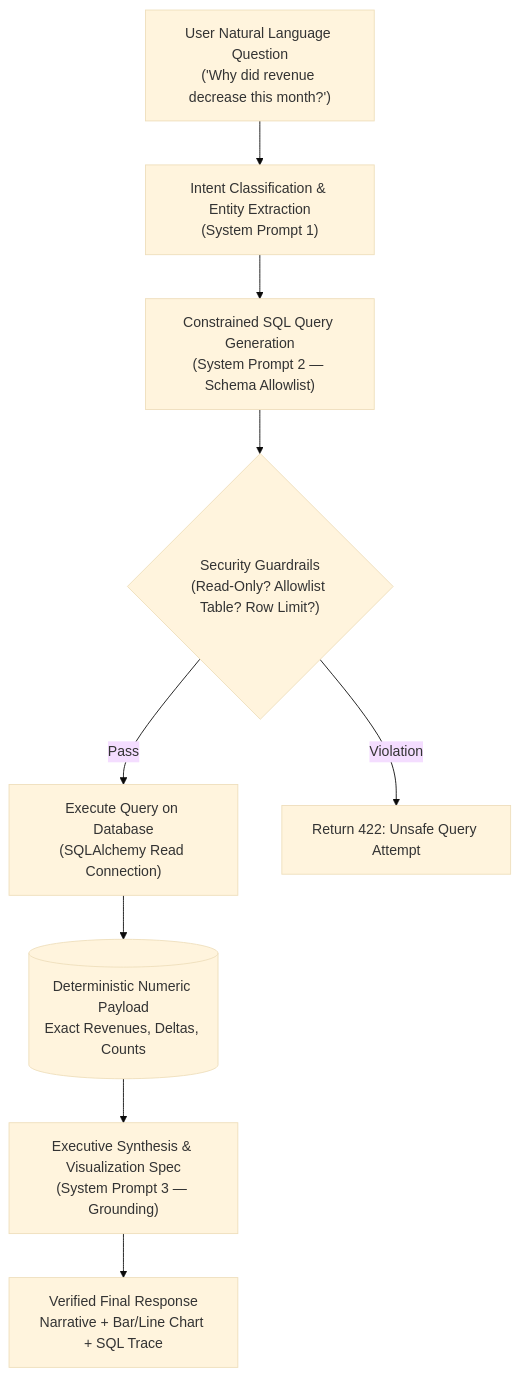
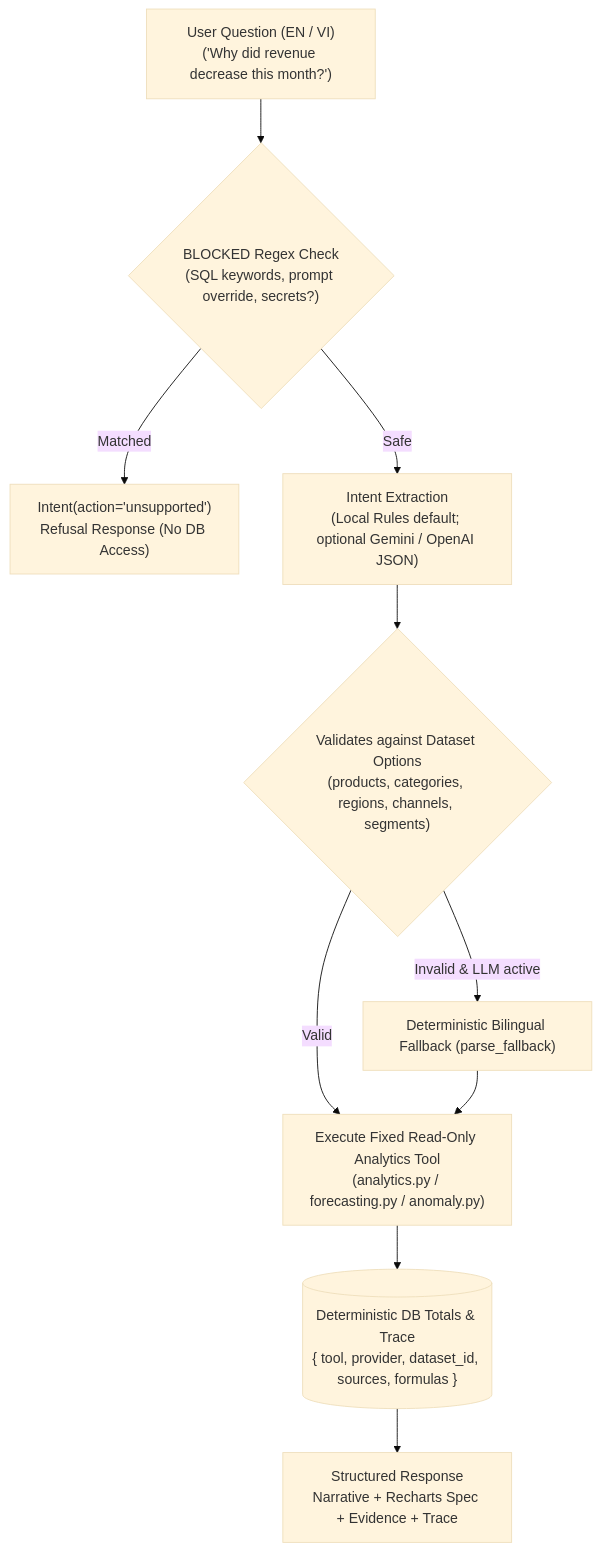
The diagram in docs/ai-prompt-catalog.md (NguyenTriBaoThang/DecisionPilotAI), drawn with Mermaid (base theme) before and after one commit. The commit also changed other lines of this file and 67 other files, not shown here.

````diff
--- a/docs/ai-prompt-catalog.md
+++ b/docs/ai-prompt-catalog.md
@@ -13,13 +13,15 @@
 ```mermaid
 flowchart TD
-    UserQuery["User Natural Language Question<br/>('Why did revenue decrease this month?')"] --> IntentRouter["Intent Classification & Entity Extraction<br/>(System Prompt 1)"]
-    IntentRouter --> SQLGen["Constrained SQL Query Generation<br/>(System Prompt 2 — Schema Allowlist)"]
-    SQLGen --> SQLValidate{"Security Guardrails<br/>(Read-Only? Allowlist Table? Row Limit?)"}
-    
-    SQLValidate -- "Pass" --> ExecuteSQL["Execute Query on Database<br/>(SQLAlchemy Read Connection)"]
-    SQLValidate -- "Violation" --> Reject["Return 422: Unsafe Query Attempt"]
-    
-    ExecuteSQL --> ExactNumbers[("Deterministic Numeric Payload<br/>Exact Revenues, Deltas, Counts")]
-    ExactNumbers --> Synthesizer["Executive Synthesis & Visualization Spec<br/>(System Prompt 3 — Grounding)"]
-    Synthesizer --> UserResponse["Verified Final Response<br/>Narrative + Bar/Line Chart + SQL Trace"]
+    UserQuery["User Question (EN / VI)<br/>('Why did revenue decrease this month?')"] --> Guard{"BLOCKED Regex Check<br/>(SQL keywords, prompt override, secrets?)"}
+
+    Guard -- "Matched" --> SafeRefuse["Intent(action='unsupported')<br/>Refusal Response (No DB Access)"]
+    Guard -- "Safe" --> Router["Intent Extraction<br/>(Local Rules default; optional Gemini / OpenAI JSON)"]
+
+    Router --> Validate{"Validates against Dataset Options<br/>(products, categories, regions, channels, segments)"}
+    Validate -- "Invalid & LLM active" --> Fallback["Deterministic Bilingual Fallback (parse_fallback)"]
+    Validate -- "Valid" --> Tools["Execute Fixed Read-Only Analytics Tool<br/>(analytics.py / forecasting.py / anomaly.py)"]
+    Fallback --> Tools
+
+    Tools --> ExactNumbers[("Deterministic DB Totals & Trace<br/>{ tool, provider, dataset_id, sources, formulas }")]
+    ExactNumbers --> UserResponse["Structured Response<br/>Narrative + Recharts Spec + Evidence + Trace"]
 ```
````
